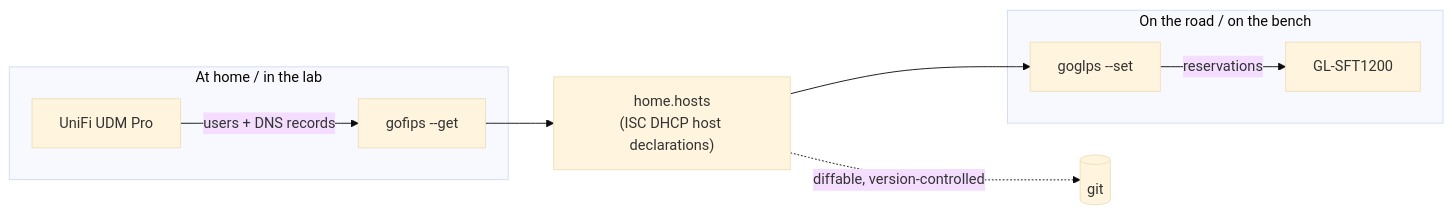
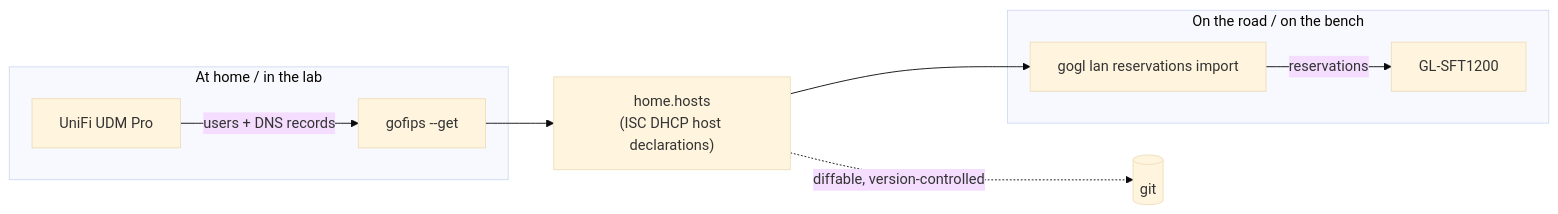
The first of 8 diagrams in docs/DESIGN.md (emergingrobotics/gogl), drawn with Mermaid (base theme) before and after one commit. The commit also changed other lines of this file and 3 other files, not shown here.

````diff
--- a/docs/DESIGN.md
+++ b/docs/DESIGN.md
@@ -29,21 +34,21 @@
 ```mermaid
 graph LR
     subgraph home["At home / in the lab"]
         UDM[UniFi UDM Pro]
         GOFIPS[gofips --get]
         UDM -->|"users + DNS records"| GOFIPS
     end
 
     FILE["home.hosts<br/>(ISC DHCP host declarations)"]
     GOFIPS --> FILE
 
     subgraph field["On the road / on the bench"]
-        GOGLPS[goglps --set]
+        GOGLPS[gogl lan reservations import]
         OPAL[GL-SFT1200]
         GOGLPS -->|"reservations"| OPAL
     end
 
     FILE --> GOGLPS
 
     FILE -.->|"diffable, version-controlled"| GIT[(git)]
 ```
````
